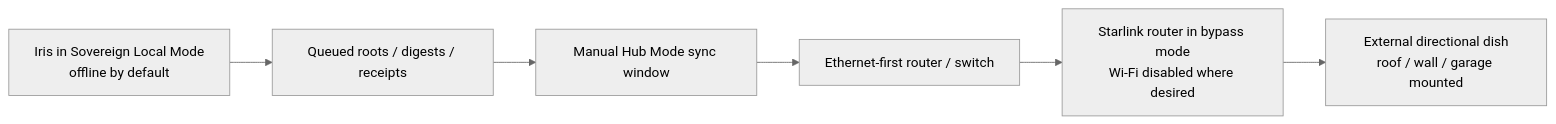
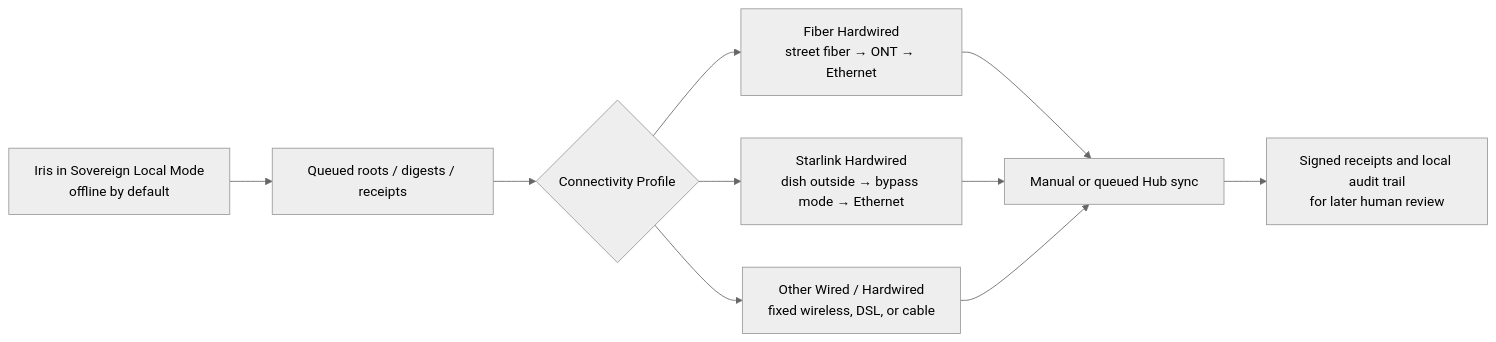
The third of 3 diagrams in README.md (ljbudgie/burgess-principle), drawn with Mermaid (neutral theme) before and after one commit. The commit also changed other lines of this file and 5 other files, not shown here.

First line of the commit message:
Extend hardwired connectivity framing

````diff
--- a/README.md
+++ b/README.md
@@ -268,8 +270,12 @@
 ```mermaid
 flowchart LR
     A["Iris in Sovereign Local Mode<br/>offline by default"] --> B["Queued roots / digests / receipts"]
-    B --> C["Manual Hub Mode sync window"]
-    C --> D["Ethernet-first router / switch"]
-    D --> E["Starlink router in bypass mode<br/>Wi-Fi disabled where desired"]
-    E --> F["External directional dish<br/>roof / wall / garage mounted"]
+    B --> C{"Connectivity Profile"}
+    C --> D["Fiber Hardwired<br/>street fiber → ONT → Ethernet"]
+    C --> E["Starlink Hardwired<br/>dish outside → bypass mode → Ethernet"]
+    C --> F["Other Wired / Hardwired<br/>fixed wireless, DSL, or cable"]
+    D --> G["Manual or queued Hub sync"]
+    E --> G
+    F --> G
+    G --> H["Signed receipts and local audit trail<br/>for later human review"]
 ```
````
